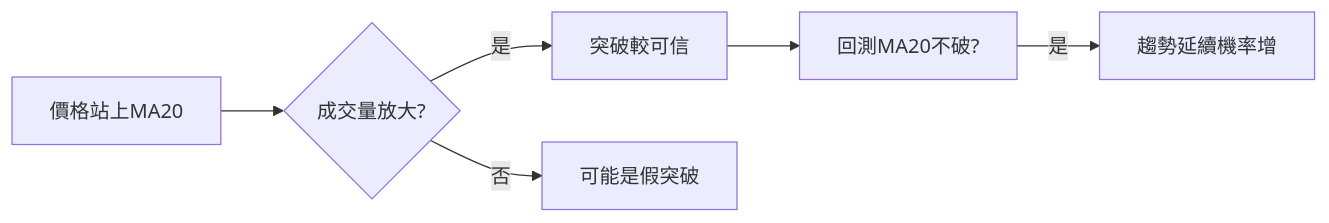
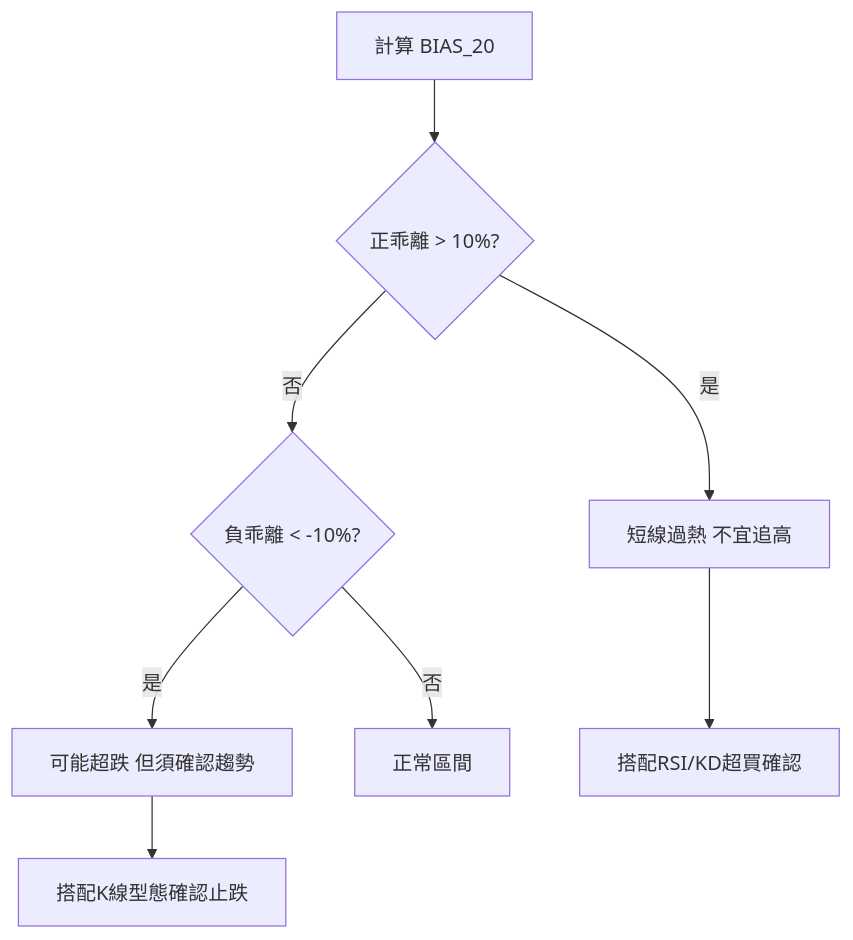
One commit to skymiku39/stock_school changed the second of 3 diagrams in docs/04-charts/ma.md. Above: the diagram before and after it, drawn with Mermaid. The commit also changed other lines of this file and 35 other files, not shown here.

````diff
--- a/docs/04-charts/ma.md
+++ b/docs/04-charts/ma.md
@@ -36,8 +99,10 @@
 ```mermaid
-flowchart LR
-    A[價格站上MA20] --> B{成交量放大?}
-    B -->|是| C[突破較可信]
-    B -->|否| D[可能是假突破]
-    C --> E[回測MA20不破?]
-    E -->|是| F[趨勢延續機率增]
+flowchart TD
+    A[計算 BIAS_20] --> B{正乖離 > 10%?}
+    B -->|是| C[短線過熱 不宜追高]
+    B -->|否| D{負乖離 < -10%?}
+    D -->|是| E[可能超跌 但須確認趨勢]
+    D -->|否| F[正常區間]
+    C --> G[搭配RSI/KD超買確認]
+    E --> H[搭配K線型態確認止跌]
 ```
````
